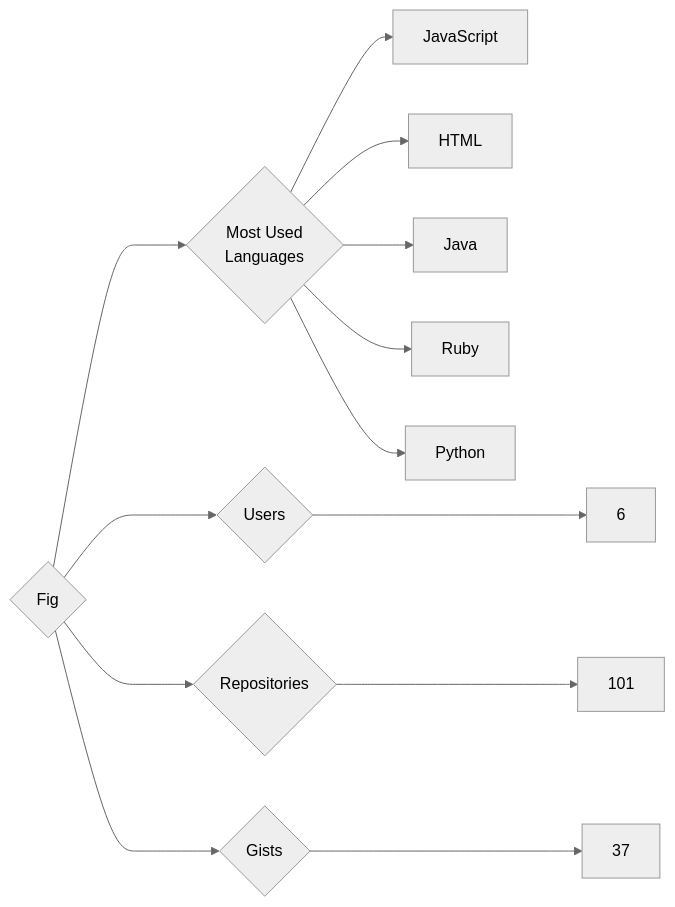
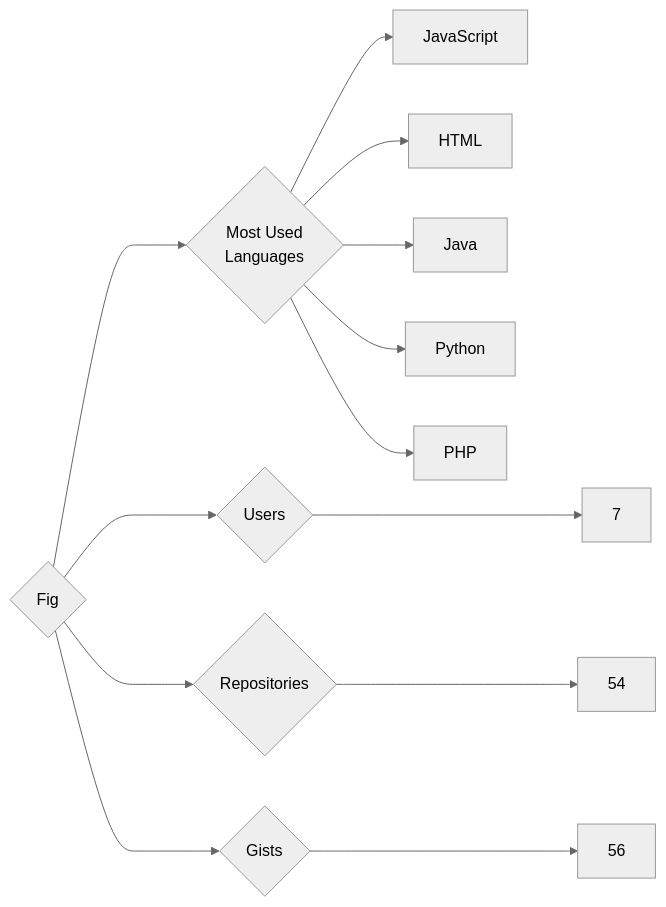
Before and after one commit to trickest/insiders: the diagram in targets/Fig/README.md, drawn with Mermaid (neutral theme). The commit also changed 723 other files, not shown here.

````diff
--- a/targets/Fig/README.md
+++ b/targets/Fig/README.md
@@ -3,13 +3,13 @@
 ```mermaid
 graph LR
 COMPANY_NAME{Fig}
-COMPANY_NAME ---> U{Users} ---> UN[6]
-COMPANY_NAME ---> R{Repositories} ---> RN[101]
-COMPANY_NAME ---> G{Gists} ---> GN[37]
+COMPANY_NAME ---> U{Users} ---> UN[7]
+COMPANY_NAME ---> R{Repositories} ---> RN[54]
+COMPANY_NAME ---> G{Gists} ---> GN[56]
 COMPANY_NAME ---> ML{Most Used<br>Languages}
 ML --> JavaScript[JavaScript]
 ML --> HTML[HTML]
 ML --> Java[Java]
-ML --> Ruby[Ruby]
 ML --> Python[Python]
+ML --> PHP[PHP]
 ```
````
